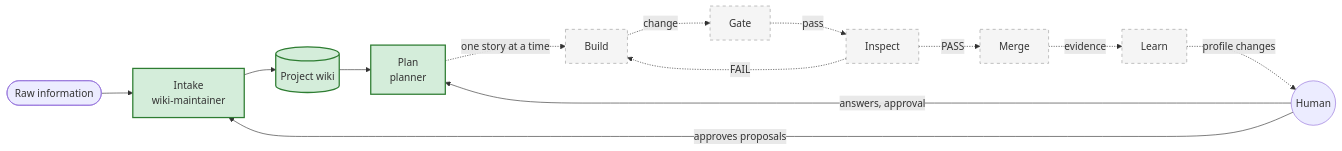
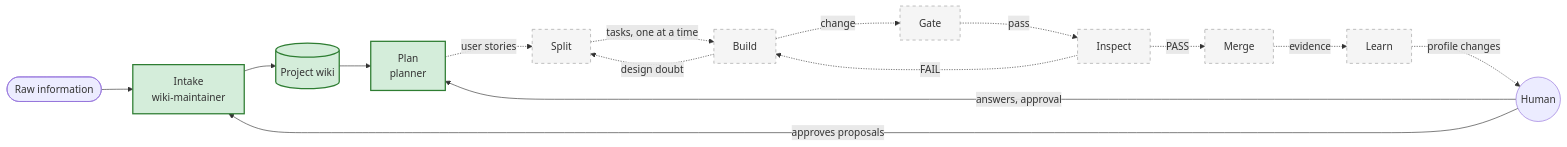
Before and after one commit to juancrfig/ergon: the diagram in docs/factory.md, drawn with Mermaid. The commit also changed 6 other files, not shown here.

Commit message:
ADR 0024: Split owns the how, Build is cheap; supersedes 0022

````diff
--- a/docs/factory.md
+++ b/docs/factory.md
@@ -8,20 +8,22 @@
 ```mermaid
 flowchart LR
     raw([Raw information]) --> intake
     intake[Intake<br/>wiki-maintainer] --> wiki[(Project wiki)]
     wiki --> plan
     human((Human)) -- answers, approval --> plan
-    plan[Plan<br/>planner] -. one story at a time .-> build[Build]
+    plan[Plan<br/>planner] -. user stories .-> split[Split]
+    split -. tasks, one at a time .-> build[Build]
+    build -. design doubt .-> split
     build -. change .-> gate[Gate]
     gate -. pass .-> inspect[Inspect]
     inspect -. PASS .-> merge[Merge]
     inspect -. FAIL .-> build
     merge -. evidence .-> learn[Learn]
     learn -. profile changes .-> human
     human -- approves proposals --> intake
 
     classDef built fill:#d4edda,stroke:#2e7d32,stroke-width:2px;
     classDef todo fill:#f5f5f5,stroke:#9e9e9e,stroke-dasharray:5 5;
     class intake,wiki,plan built;
-    class build,gate,inspect,merge,learn todo;
+    class split,build,gate,inspect,merge,learn todo;
 ```
````
